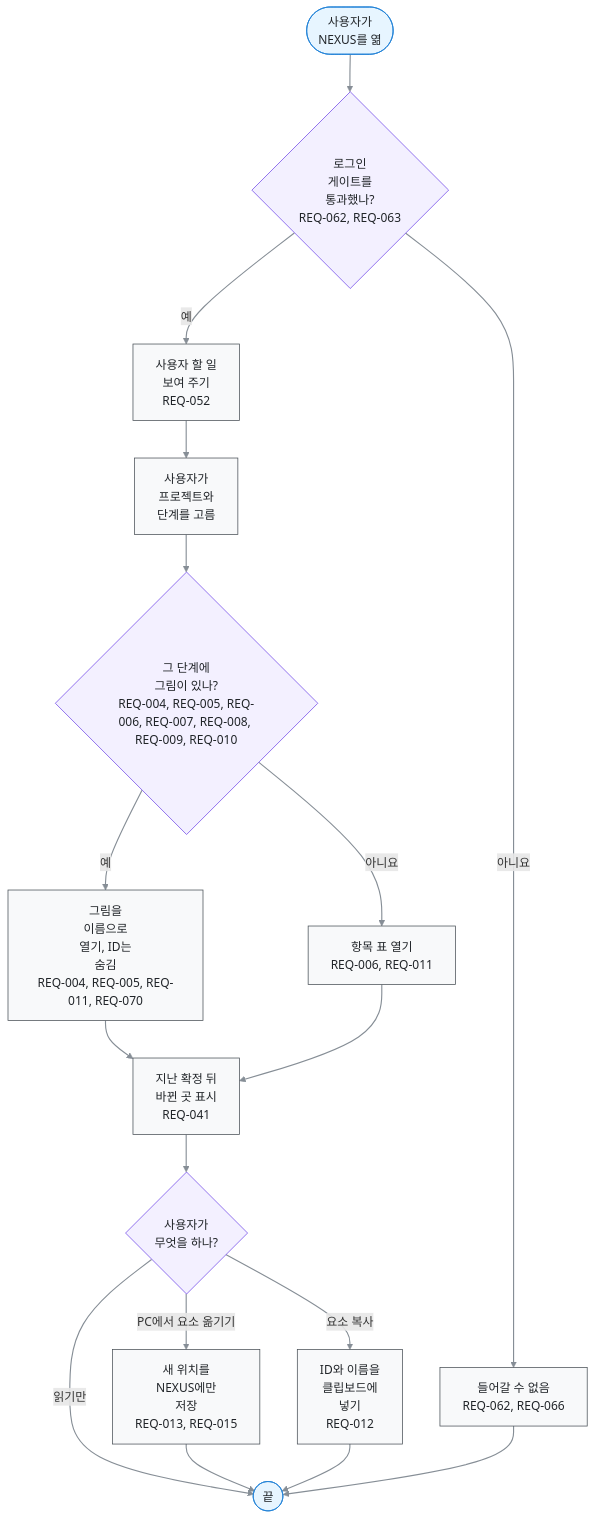
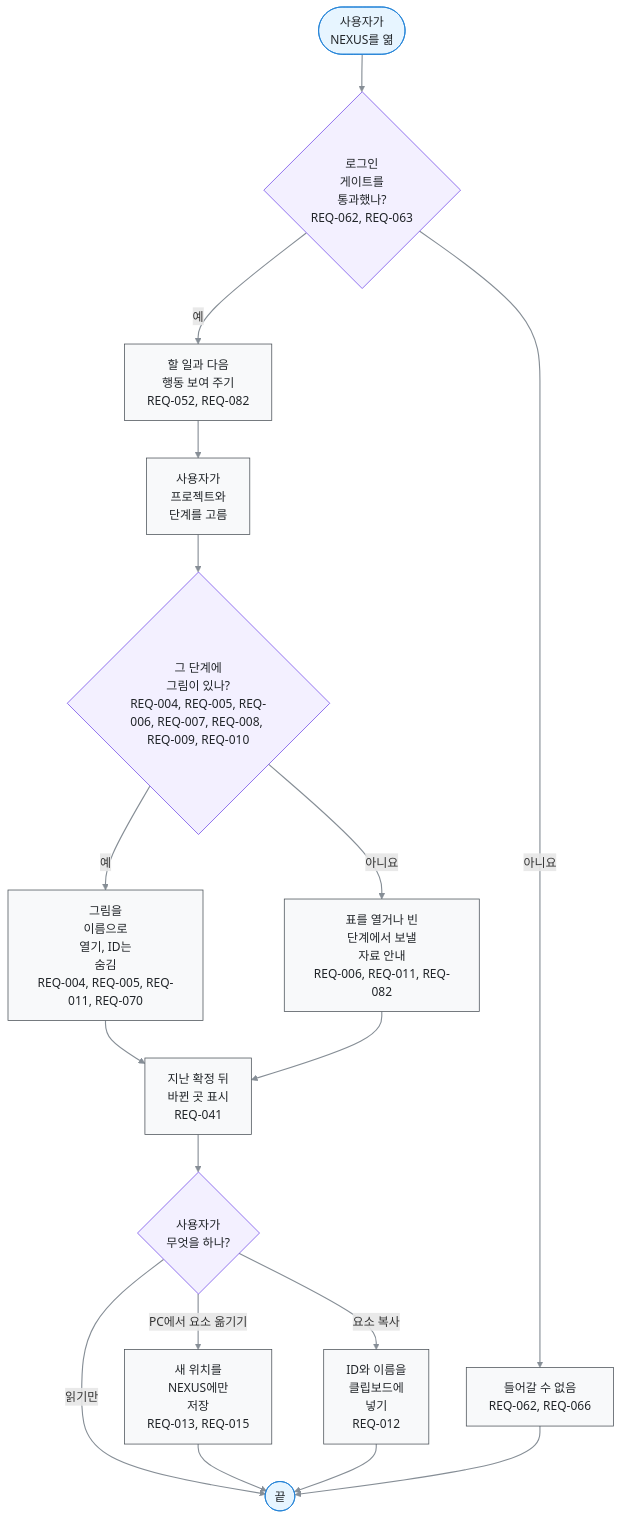
One commit to kodonghui/corthex-nexus changed the diagram in docs/03-user-flow/FL-002-read-a-stage-from-the-to-do.ko.md. Above: the diagram before and after it, drawn with Mermaid. The commit also changed other lines of this file and 45 other files, not shown here.

````diff
--- a/docs/03-user-flow/FL-002-read-a-stage-from-the-to-do.ko.md
+++ b/docs/03-user-flow/FL-002-read-a-stage-from-the-to-do.ko.md
@@ -11,42 +11,42 @@
 ```mermaid
 flowchart TD
   A(["사용자가<br/>NEXUS를 엶"])
   B{"로그인<br/>게이트를<br/>통과했나?<br/>REQ-062, REQ-063"}
-  C["사용자 할 일<br/>보여 주기<br/>REQ-052"]
+  C["할 일과 다음<br/>행동 보여 주기<br/>REQ-052, REQ-082"]
   D["사용자가<br/>프로젝트와<br/>단계를 고름"]
   E{"그 단계에<br/>그림이 있나?<br/>REQ-004, REQ-005, REQ-006, REQ-007, REQ-008, REQ-009, REQ-010"}
   F["그림을<br/>이름으로<br/>열기, ID는<br/>숨김<br/>REQ-004, REQ-005, REQ-011, REQ-070"]
-  G["항목 표 열기<br/>REQ-006, REQ-011"]
+  G["표를 열거나 빈<br/>단계에서 보낼<br/>자료 안내<br/>REQ-006, REQ-011, REQ-082"]
   H["지난 확정 뒤<br/>바뀐 곳 표시<br/>REQ-041"]
   I{"사용자가<br/>무엇을 하나?"}
   J["새 위치를<br/>NEXUS에만<br/>저장<br/>REQ-013, REQ-015"]
   K["ID와 이름을<br/>클립보드에<br/>넣기<br/>REQ-012"]
   R1["들어갈 수 없음<br/>REQ-062, REQ-066"]
   Z(["끝"])
   A e1@--> B
   B e2@-->|아니요| R1
   B e3@-->|예| C
   C e4@--> D
   D e5@--> E
   E e6@-->|예| F
   E e7@-->|아니요| G
   F e8@--> H
   G e9@--> H
   H e10@--> I
   I e11@-->|PC에서 요소 옮기기| J
   I e12@-->|요소 복사| K
   I e13@-->|읽기만| Z
   J e14@--> Z
   K e15@--> Z
   R1 e16@--> Z
   %% legend: below
   classDef term fill:#e7f5ff,stroke:#1c7ed6,color:#212529
   classDef proc fill:#f8f9fa,stroke:#495057,color:#212529
   classDef decide fill:#f3f0ff,stroke:#7048e8,color:#212529
   classDef gap fill:#f1f3f5,stroke:#adb5bd,stroke-dasharray:2 3,color:#495057
   classDef pass stroke:#868e96,stroke-width:1.5px
   class A,Z term
   class C,D,F,G,H,J,K,R1 proc
   class B,E,I decide
   class e1,e2,e3,e4,e5,e6,e7,e8,e9,e10,e11,e12,e13,e14,e15,e16 pass
 ```
````
